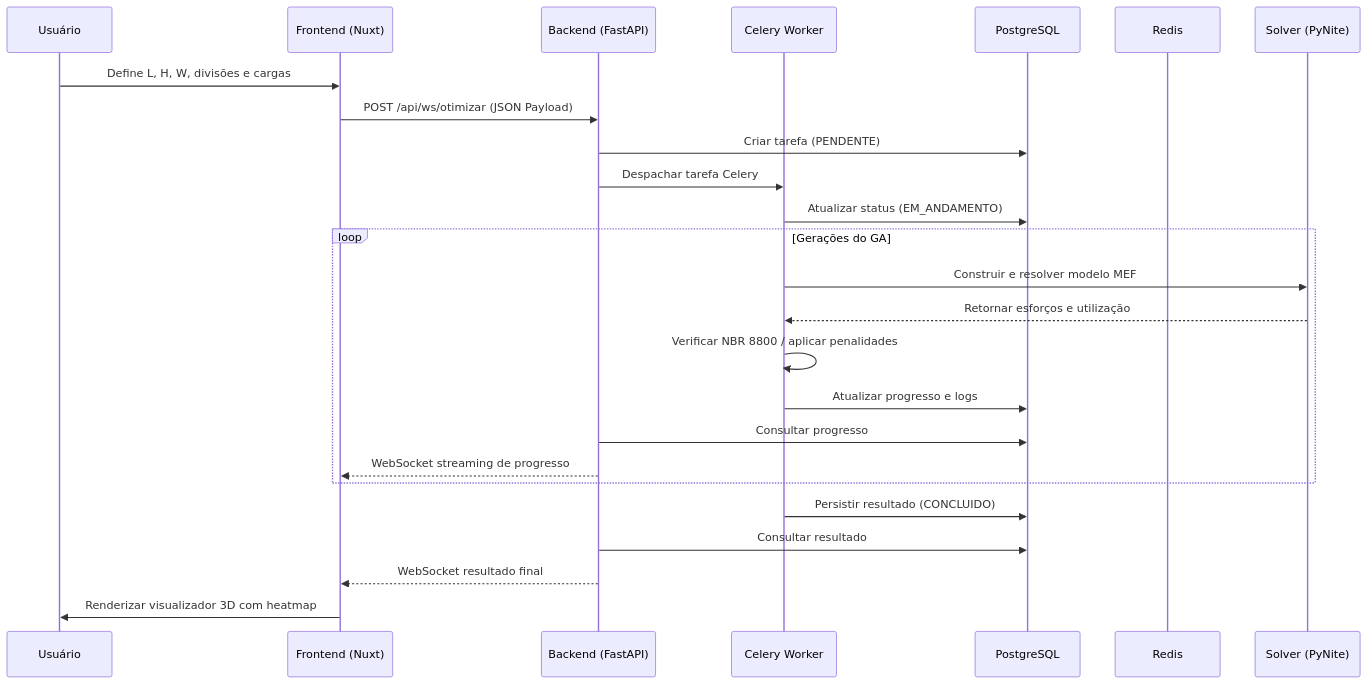
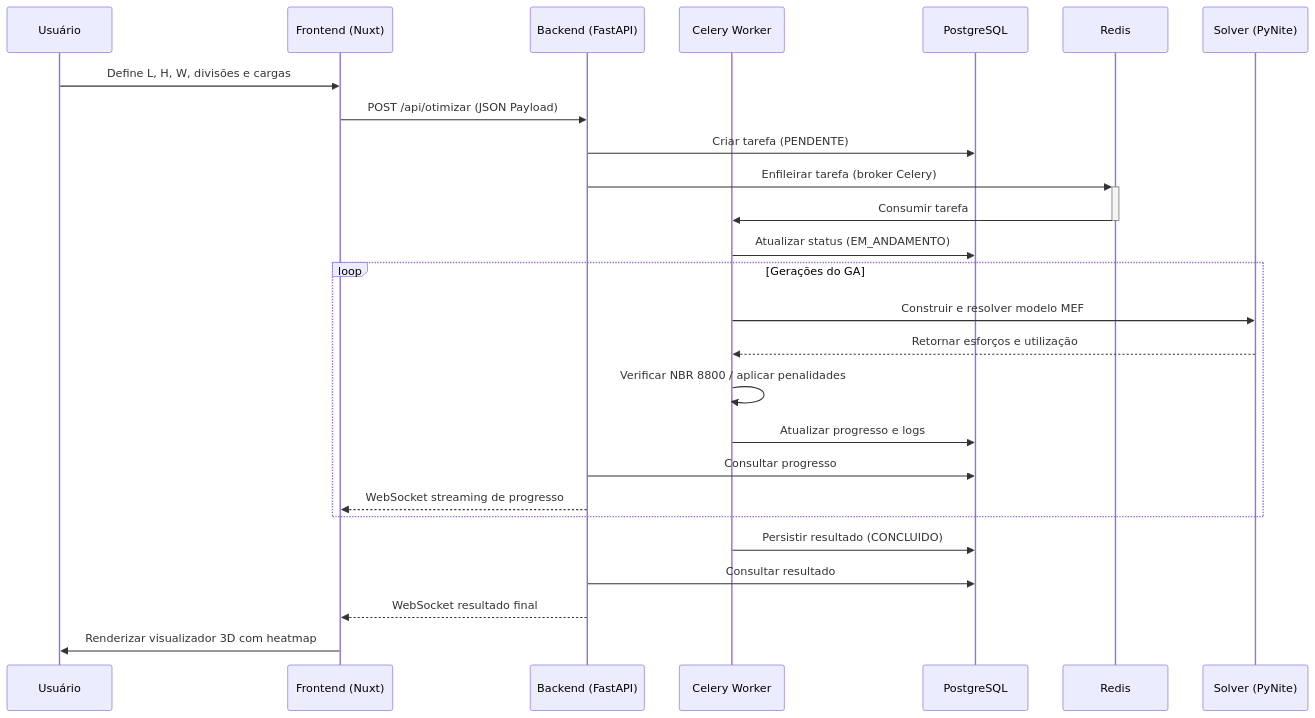
The third of 3 diagrams in README.md (paulomml/truss-opt-3d), drawn with Mermaid before and after one commit. The commit also changed other lines of this file and 3 other files, not shown here.

````diff
--- a/README.md
+++ b/README.md
@@ -254,28 +257,29 @@
 ```mermaid
 sequenceDiagram
     participant U as Usuário
     participant F as Frontend (Nuxt)
     participant B as Backend (FastAPI)
     participant C as Celery Worker
     participant D as PostgreSQL
     participant R as Redis
     participant S as Solver (PyNite)
 
     U->>F: Define L, H, W, divisões e cargas
-    F->>B: POST /api/ws/otimizar (JSON Payload)
+    F->>B: POST /api/otimizar (JSON Payload)
     B->>D: Criar tarefa (PENDENTE)
-    B->>C: Despachar tarefa Celery
+    B->>+R: Enfileirar tarefa (broker Celery)
+    R->>-C: Consumir tarefa
     C->>D: Atualizar status (EM_ANDAMENTO)
     Loop Gerações do GA
         C->>S: Construir e resolver modelo MEF
         S-->>C: Retornar esforços e utilização
         C->>C: Verificar NBR 8800 / aplicar penalidades
         C->>D: Atualizar progresso e logs
         B->>D: Consultar progresso
         B-->>F: WebSocket streaming de progresso
     end
     C->>D: Persistir resultado (CONCLUIDO)
     B->>D: Consultar resultado
     B-->>F: WebSocket resultado final
     F->>U: Renderizar visualizador 3D com heatmap
 ```
````
